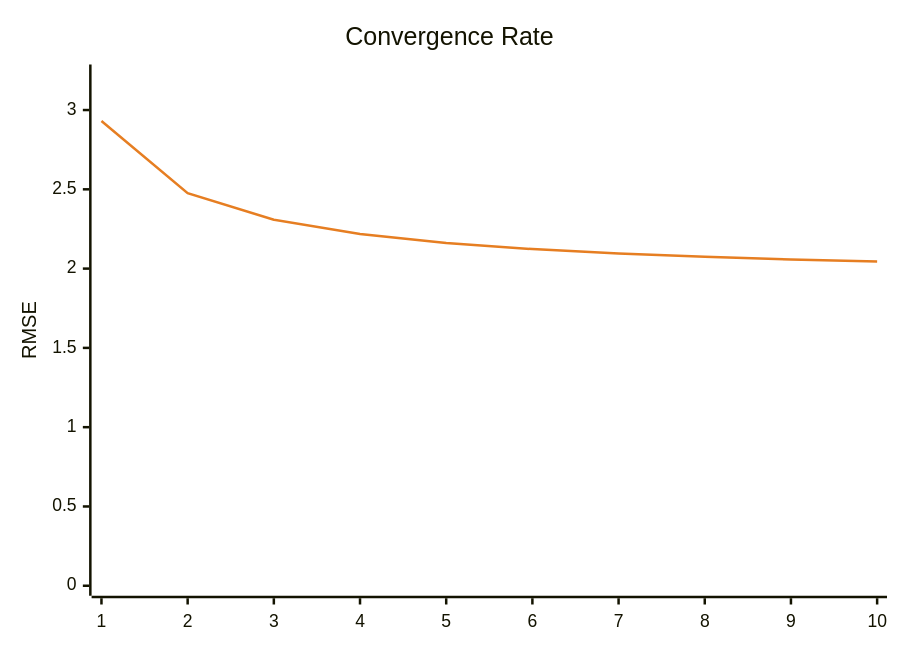
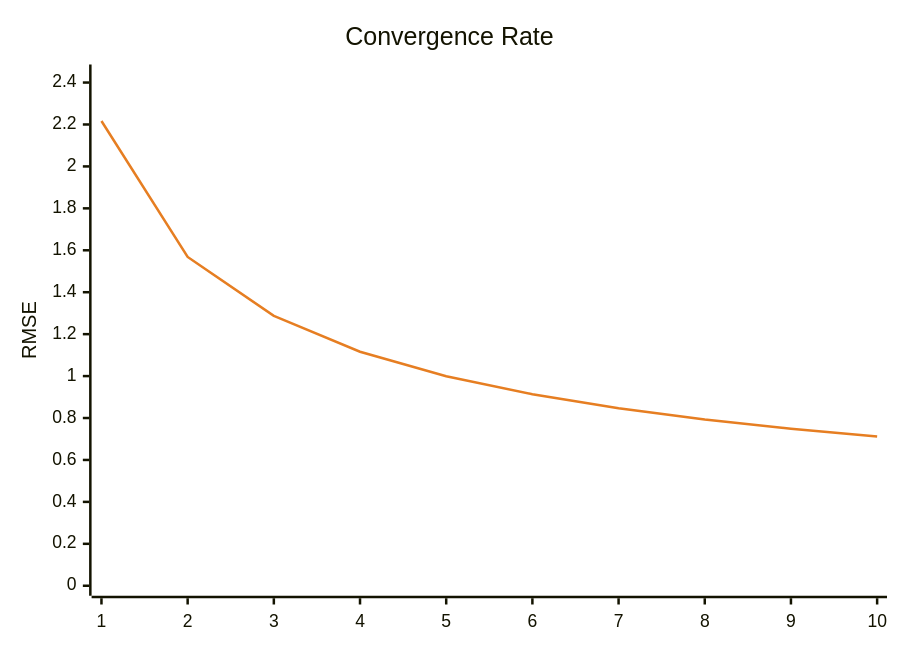
One commit to timo-eberl/tracy changed the second of 2 diagrams in README.md. Above: the diagram before and after it, drawn with Mermaid. The commit also changed other lines of this file and 3 other files, not shown here.

````diff
--- a/README.md
+++ b/README.md
@@ -25,14 +25,14 @@
 ```mermaid
 ---
 config:
     theme: base
     themeVariables:
         xyChart:
             plotColorPalette: "#e67e22"
 ---
 xychart-beta
     title "Convergence Rate"
     x-axis ["1", "2", "3", "4", "5", "6", "7", "8", "9", "10"]
-    y-axis "RMSE" 0 --> 3.2241
-    line [2.931, 2.4755, 2.3084, 2.2178, 2.1615, 2.1229, 2.0947, 2.074, 2.0581, 2.0441]
+    y-axis "RMSE" 0 --> 2.4384
+    line [2.2167, 1.5682, 1.2874, 1.1163, 0.9994, 0.9133, 0.8461, 0.7929, 0.7493, 0.7121]
 ```
````
